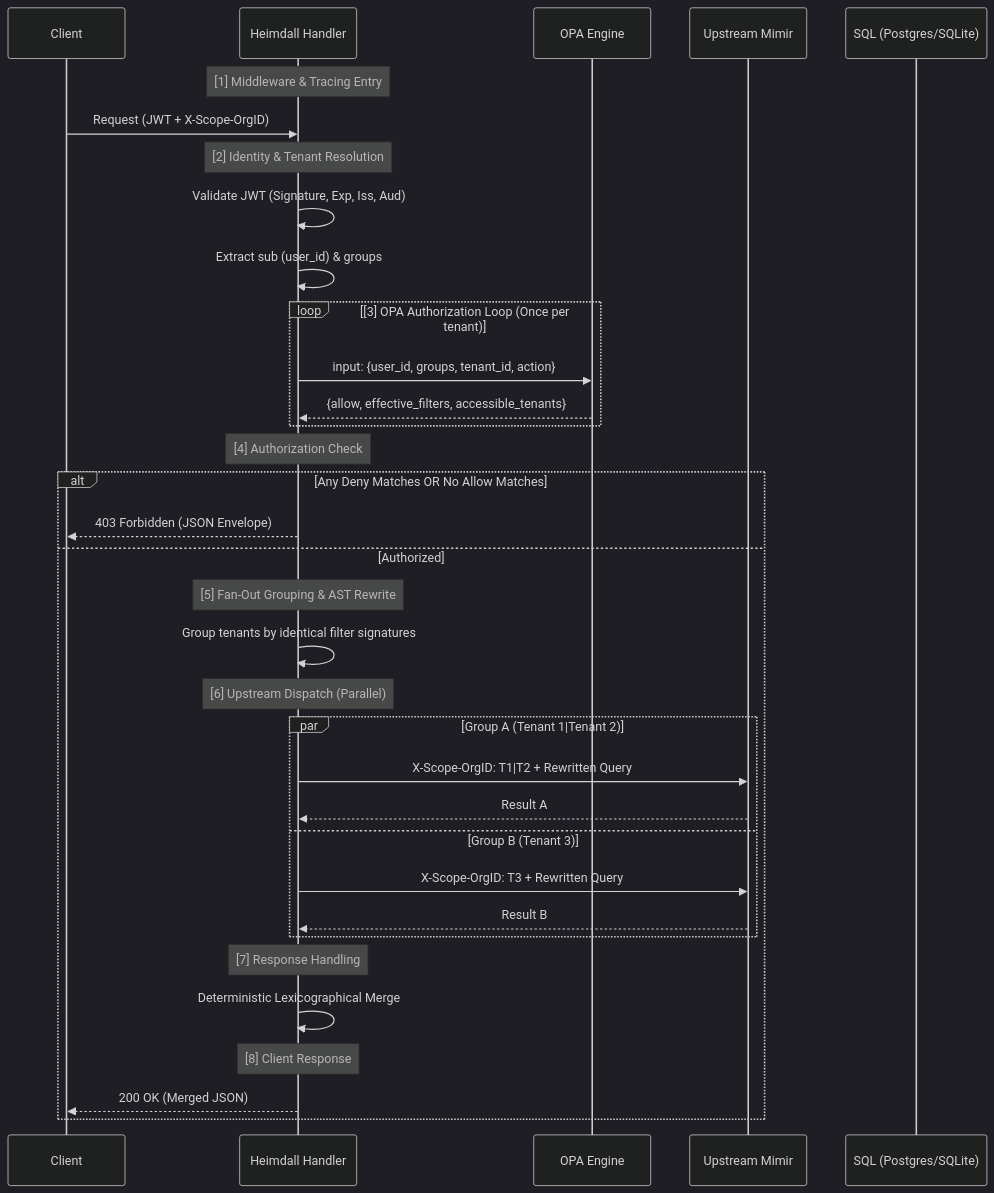
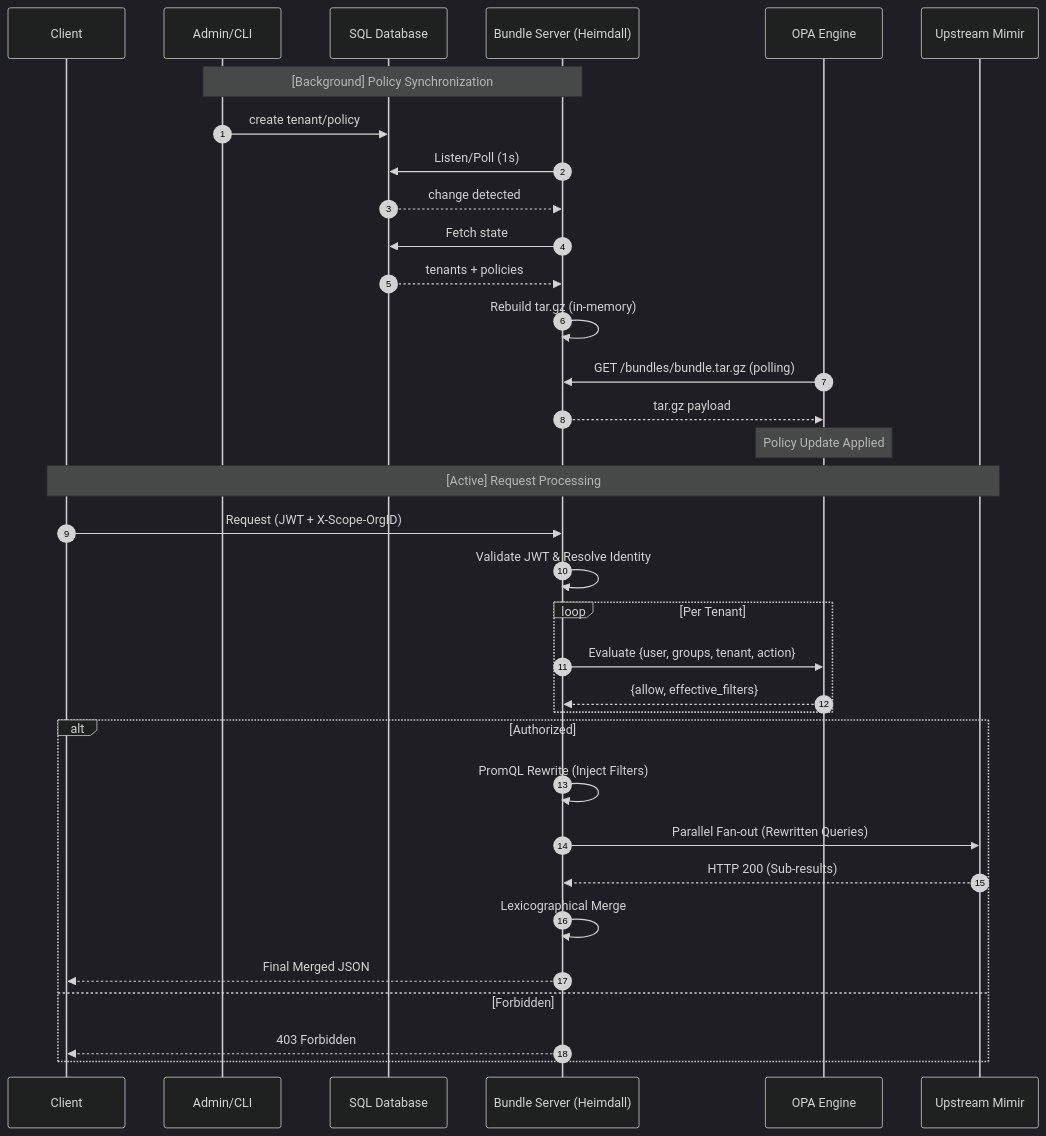
Before and after one commit to f46b83ee9/heimdall: the diagram in ARCHITECTURE.md, drawn with Mermaid (dark theme). The commit also changed other lines of this file and 53 other files, not shown here.

Commit message:
feat: Implement comprehensive OpenTelemetry tracing and metrics with authentication, database migrations, and Docker Compose setup for observability.

````diff
--- a/ARCHITECTURE.md
+++ b/ARCHITECTURE.md
@@ -11,44 +15,40 @@
 ```mermaid
 sequenceDiagram
+    autonumber
     participant Client
-    participant Handler as Heimdall Handler
+    participant Admin as Admin/CLI
+    participant DB as SQL Database
+    participant BS as Bundle Server (Heimdall)
     participant OPA as OPA Engine
     participant Mimir as Upstream Mimir
-    participant DB as SQL (Postgres/SQLite)
 
-    Note over Handler: [1] Middleware & Tracing Entry
-    Client->>Handler: Request (JWT + X-Scope-OrgID)
+    Note over Admin, BS: [Background] Policy Synchronization
+    Admin->>DB: create tenant/policy
+    BS->>DB: Listen/Poll (1s)
+    DB-->>BS: change detected
+    BS->>DB: Fetch state
+    DB-->>BS: tenants + policies
+    BS->>BS: Rebuild tar.gz (in-memory)
+    OPA->>BS: GET /bundles/bundle.tar.gz (polling)
+    BS-->>OPA: tar.gz payload
+    Note over OPA: Policy Update Applied
+
+    Note over Client, Mimir: [Active] Request Processing
+    Client->>BS: Request (JWT + X-Scope-OrgID)
+    BS->>BS: Validate JWT & Resolve Identity
     
-    Note over Handler: [2] Identity & Tenant Resolution
-    Handler->>Handler: Validate JWT (Signature, Exp, Iss, Aud)
-    Handler->>Handler: Extract sub (user_id) & groups
-
-    loop [3] OPA Authorization Loop (Once per tenant)
-        Handler->>OPA: input: {user_id, groups, tenant_id, action}
-        OPA-->>Handler: {allow, effective_filters, accessible_tenants}
+    loop Per Tenant
+        BS->>OPA: Evaluate {user, groups, tenant, action}
+        OPA-->>BS: {allow, effective_filters}
     end
 
-    Note over Handler: [4] Authorization Check
-    alt Any Deny Matches OR No Allow Matches
-        Handler-->>Client: 403 Forbidden (JSON Envelope)
-    else Authorized
-        Note over Handler: [5] Fan-Out Grouping & AST Rewrite
-        Handler->>Handler: Group tenants by identical filter signatures
-
-        Note over Handler: [6] Upstream Dispatch (Parallel)
-        par Group A (Tenant 1|Tenant 2)
-            Handler->>Mimir: X-Scope-OrgID: T1|T2 + Rewritten Query
-            Mimir-->>Handler: Result A
-        and Group B (Tenant 3)
-            Handler->>Mimir: X-Scope-OrgID: T3 + Rewritten Query
-            Mimir-->>Handler: Result B
-        end
-
-        Note over Handler: [7] Response Handling
-        Handler->>Handler: Deterministic Lexicographical Merge
-        
-        Note over Handler: [8] Client Response
-        Handler-->>Client: 200 OK (Merged JSON)
+    alt Authorized
+        BS->>BS: PromQL Rewrite (Inject Filters)
+        BS->>Mimir: Parallel Fan-out (Rewritten Queries)
+        Mimir-->>BS: HTTP 200 (Sub-results)
+        BS->>BS: Lexicographical Merge
+        BS-->>Client: Final Merged JSON
+    else Forbidden
+        BS-->>Client: 403 Forbidden
     end
-
 ```
````
